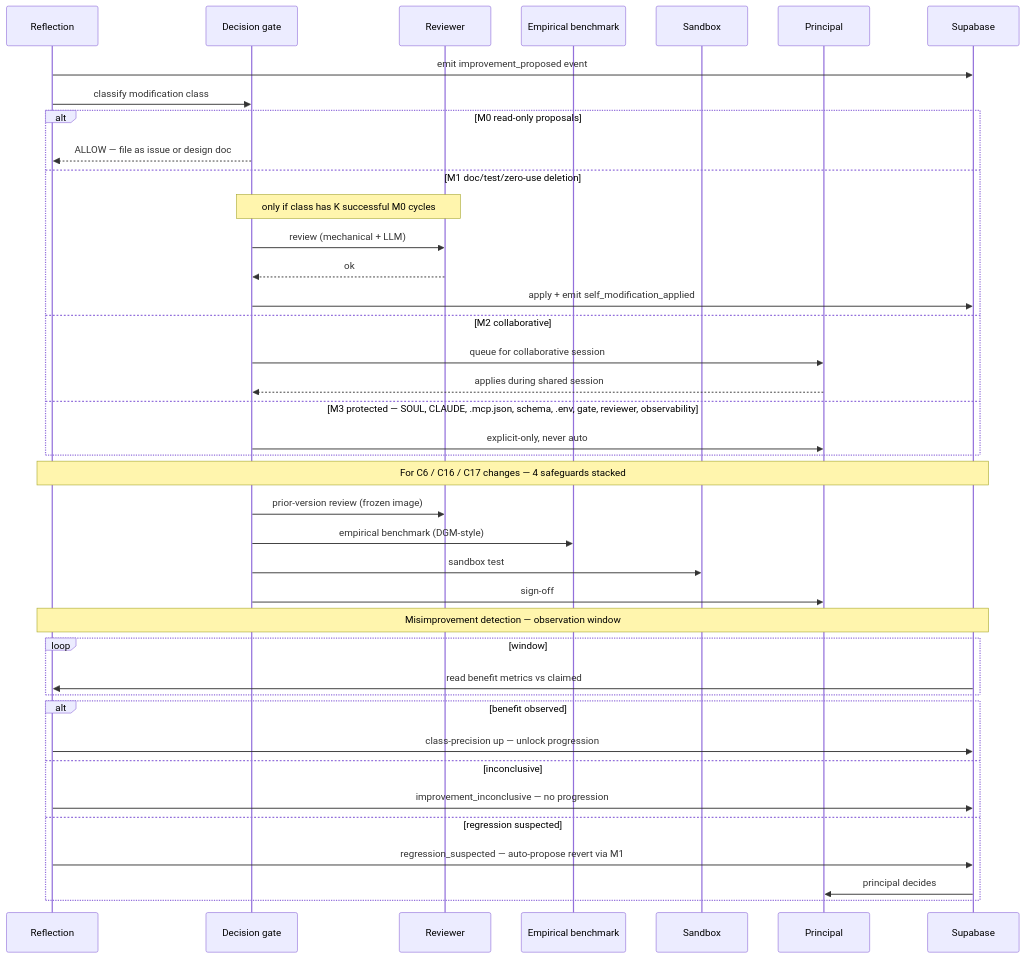
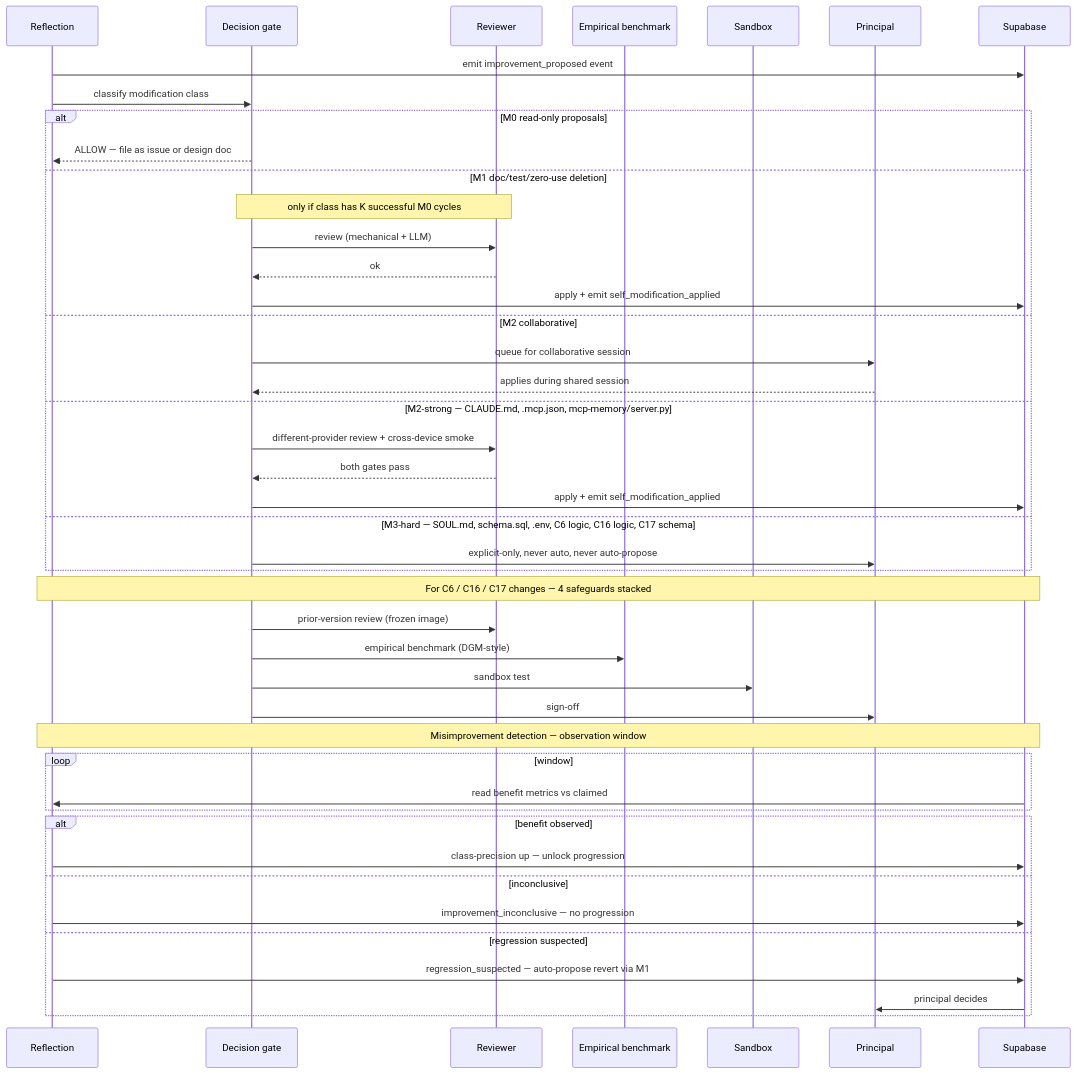
One commit to Osasuwu/jarvis changed the sixth of 8 diagrams in docs/design/jarvis-flows.md. Above: the diagram before and after it, drawn with Mermaid. The commit also changed other lines of this file and 2 other files, not shown here.

First line of the commit message:
docs: address 4 Copilot review findings — Phase C consistency [no-issue]

````diff
--- a/docs/design/jarvis-flows.md
+++ b/docs/design/jarvis-flows.md
@@ -274,46 +276,50 @@
 ```mermaid
 sequenceDiagram
     participant C5 as Reflection
     participant C6 as Decision gate
     participant C16 as Reviewer
     participant Bench as Empirical benchmark
     participant Sandbox
     participant Principal
     participant Pg as Supabase
 
     C5->>Pg: emit improvement_proposed event
     C5->>C6: classify modification class
 
     alt M0 read-only proposals
         C6-->>C5: ALLOW — file as issue or design doc
     else M1 doc/test/zero-use deletion
         Note over C6, C16: only if class has K successful M0 cycles
         C6->>C16: review (mechanical + LLM)
         C16-->>C6: ok
         C6->>Pg: apply + emit self_modification_applied
     else M2 collaborative
         C6->>Principal: queue for collaborative session
         Principal-->>C6: applies during shared session
-    else M3 protected — SOUL, CLAUDE, .mcp.json, schema, .env, gate, reviewer, observability
-        C6->>Principal: explicit-only, never auto
+    else M2-strong — CLAUDE.md, .mcp.json, mcp-memory/server.py
+        C6->>C16: different-provider review + cross-device smoke
+        C16-->>C6: both gates pass
+        C6->>Pg: apply + emit self_modification_applied
+    else M3-hard — SOUL.md, schema.sql, .env, C6 logic, C16 logic, C17 schema
+        C6->>Principal: explicit-only, never auto, never auto-propose
     end
 
     Note over C5, Pg: For C6 / C16 / C17 changes — 4 safeguards stacked
     C6->>C16: prior-version review (frozen image)
     C6->>Bench: empirical benchmark (DGM-style)
     C6->>Sandbox: sandbox test
     C6->>Principal: sign-off
 
     Note over C5, Pg: Misimprovement detection — observation window
     loop window
         Pg->>C5: read benefit metrics vs claimed
     end
     alt benefit observed
         C5->>Pg: class-precision up — unlock progression
     else inconclusive
         C5->>Pg: improvement_inconclusive — no progression
     else regression suspected
         C5->>Pg: regression_suspected — auto-propose revert via M1
         Pg->>Principal: principal decides
     end
 ```
````
